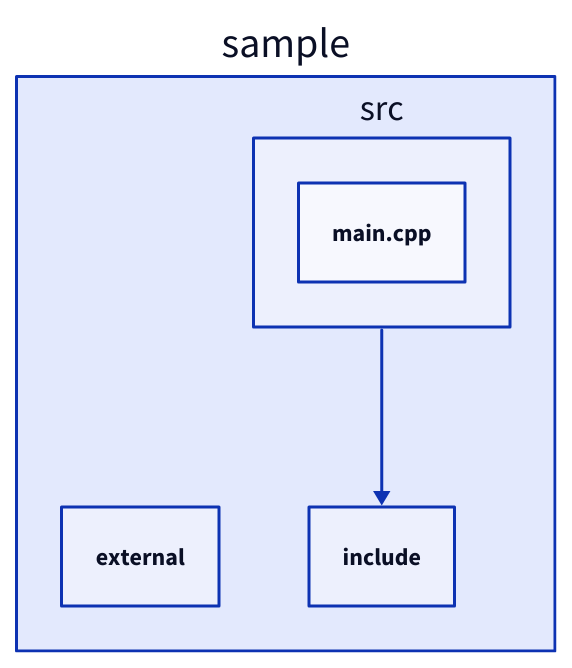
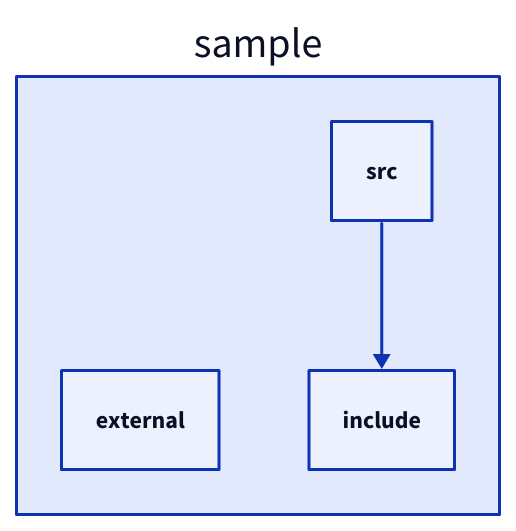
Before and after one commit to nicolasventer/CppDepScan: the third of 7 diagrams in README.md, drawn with D2. The commit also changed other lines of this file and 20 other files, not shown here.

````diff
--- a/README.md
+++ b/README.md
@@ -227,14 +243,15 @@
 ```d2
 # specified include list:
+
 # files:
 sample.external
 sample.include
 sample.src
-sample.src."main.cpp"
 
 # allowed:
 sample.src -> sample.include
 
 # forbidden:
+
 # unresolved:
 ```
````
